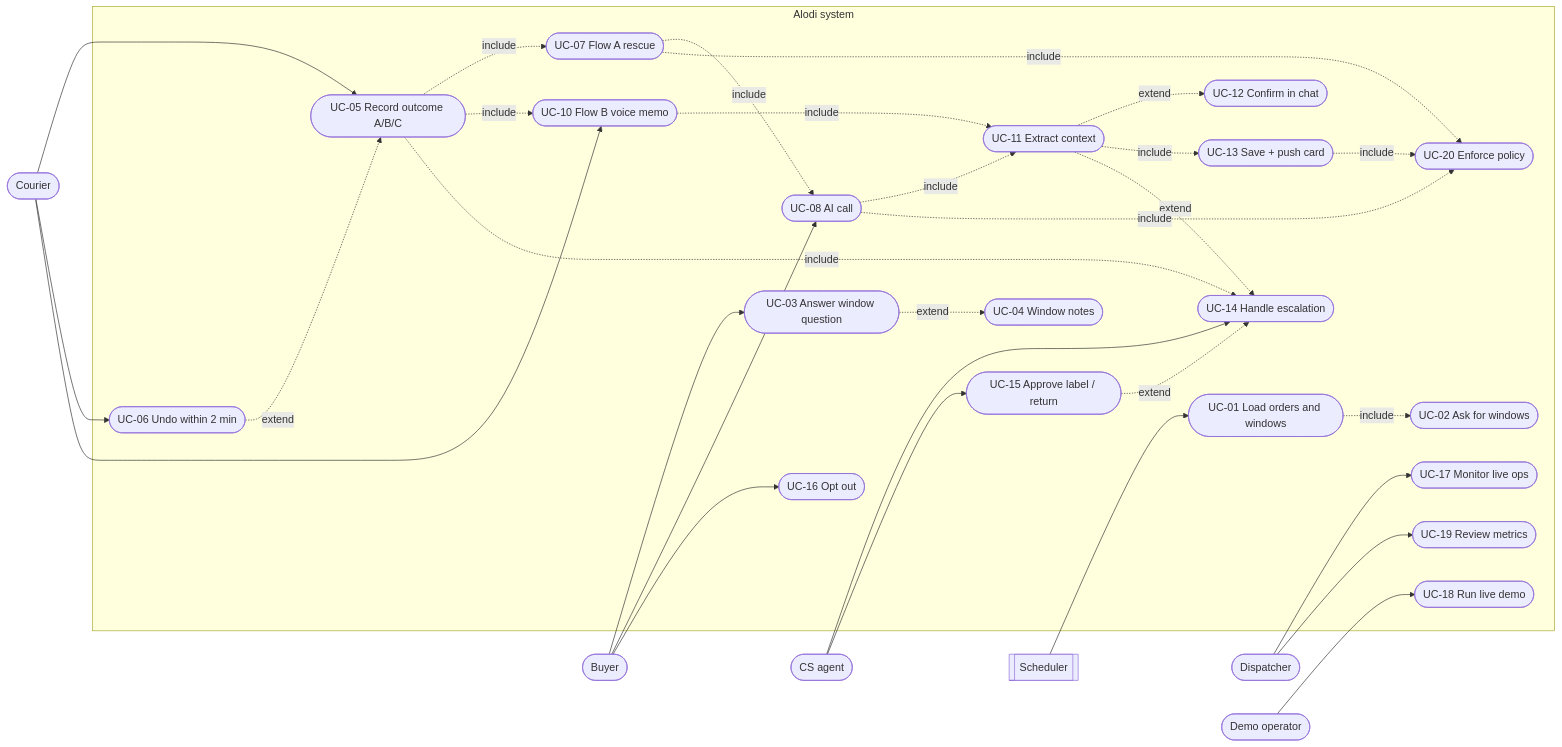
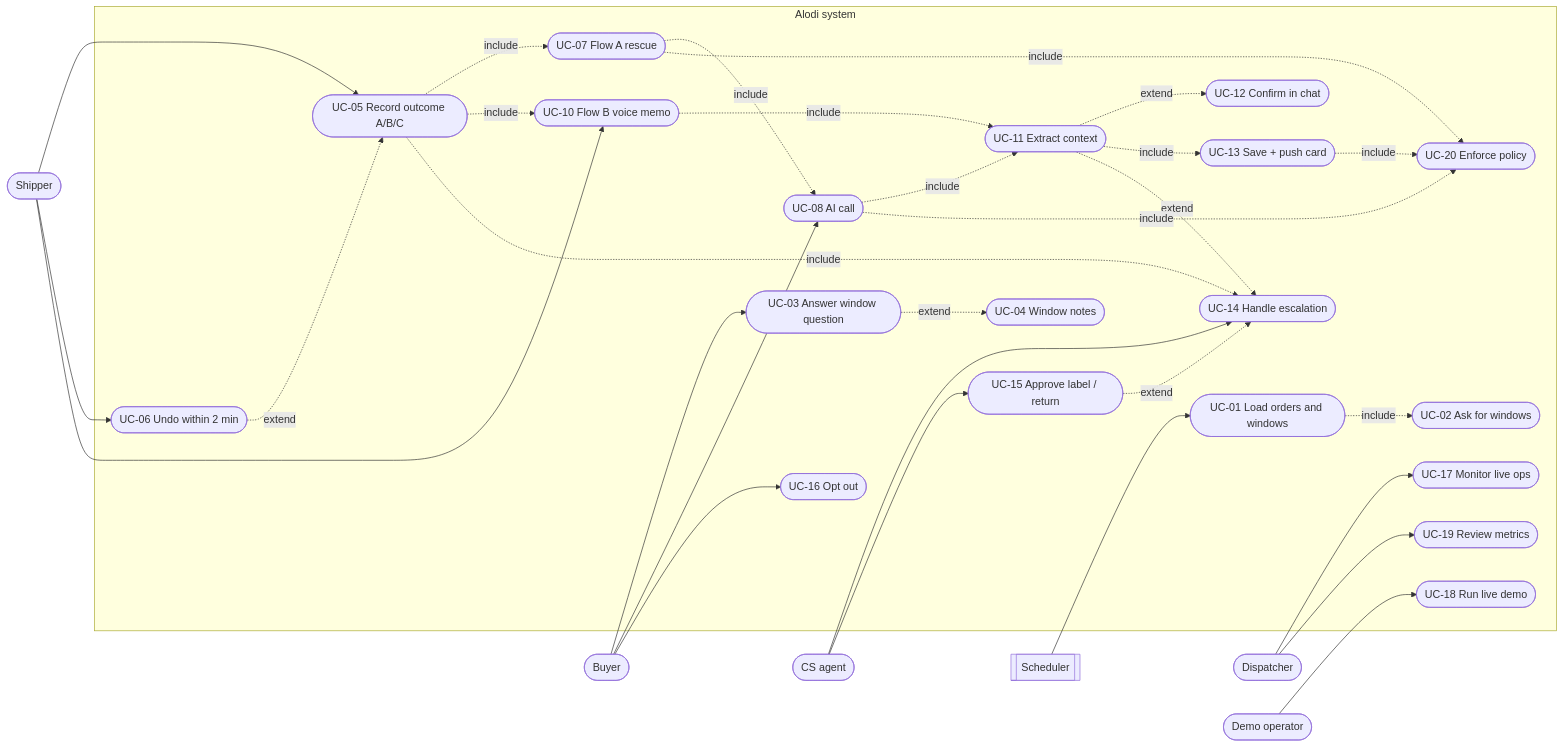
Before and after one commit to BennedictQuanTon/Alodi-Regional-Codex-Hackathon-2026: the second of 18 diagrams in prep/02-technical/PRD.md, drawn with Mermaid. The commit also changed other lines of this file and 84 other files, not shown here.

````diff
--- a/prep/02-technical/PRD.md
+++ b/prep/02-technical/PRD.md
@@ -579,60 +579,60 @@
 ```mermaid
 flowchart LR
-  courier(["Courier"])
+  shipper(["Shipper"])
   buyer(["Buyer"])
   cs(["CS agent"])
   ops(["Dispatcher"])
   op(["Demo operator"])
   sched[["Scheduler"]]
 
   subgraph Alodi["Alodi system"]
     uc01(["UC-01 Load orders and windows"])
     uc02(["UC-02 Ask for windows"])
     uc03(["UC-03 Answer window question"])
     uc04(["UC-04 Window notes"])
     uc05(["UC-05 Record outcome A/B/C"])
     uc06(["UC-06 Undo within 2 min"])
     uc07(["UC-07 Flow A rescue"])
     uc08(["UC-08 AI call"])
     uc10(["UC-10 Flow B voice memo"])
     uc11(["UC-11 Extract context"])
     uc12(["UC-12 Confirm in chat"])
     uc13(["UC-13 Save + push card"])
     uc14(["UC-14 Handle escalation"])
     uc15(["UC-15 Approve label / return"])
     uc16(["UC-16 Opt out"])
     uc17(["UC-17 Monitor live ops"])
     uc18(["UC-18 Run live demo"])
     uc19(["UC-19 Review metrics"])
     uc20(["UC-20 Enforce policy"])
   end
 
   sched --> uc01
   uc01 -. include .-> uc02
   buyer --> uc03
   uc03 -. extend .-> uc04
-  courier --> uc05
-  courier --> uc06
+  shipper --> uc05
+  shipper --> uc06
   uc06 -. extend .-> uc05
   uc05 -. include .-> uc07
   uc05 -. include .-> uc10
   uc05 -. include .-> uc14
   uc07 -. include .-> uc08
   buyer --> uc08
-  courier --> uc10
+  shipper --> uc10
   uc08 -. include .-> uc11
   uc10 -. include .-> uc11
   uc11 -. extend .-> uc12
   uc11 -. include .-> uc13
   uc11 -. extend .-> uc14
   buyer --> uc16
   cs --> uc14
   cs --> uc15
   uc15 -. extend .-> uc14
   ops --> uc17
   ops --> uc19
   op --> uc18
   uc07 -. include .-> uc20
   uc08 -. include .-> uc20
   uc13 -. include .-> uc20
 ```
````
